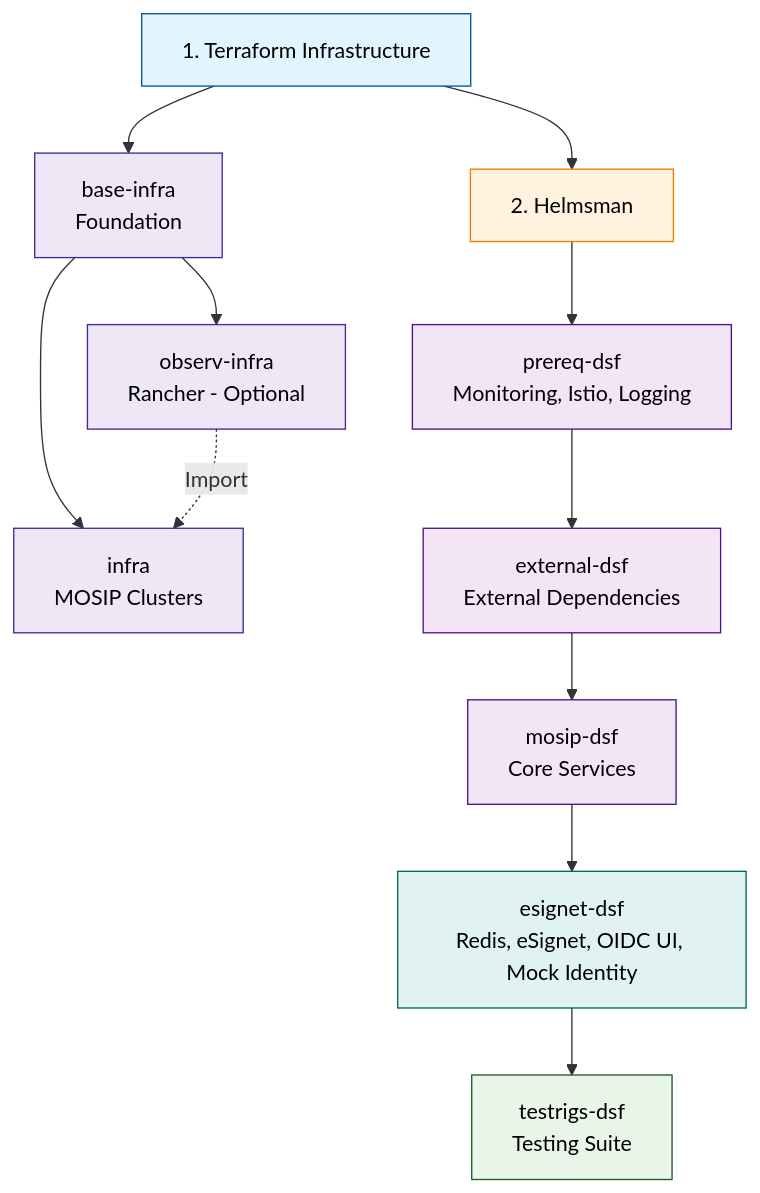
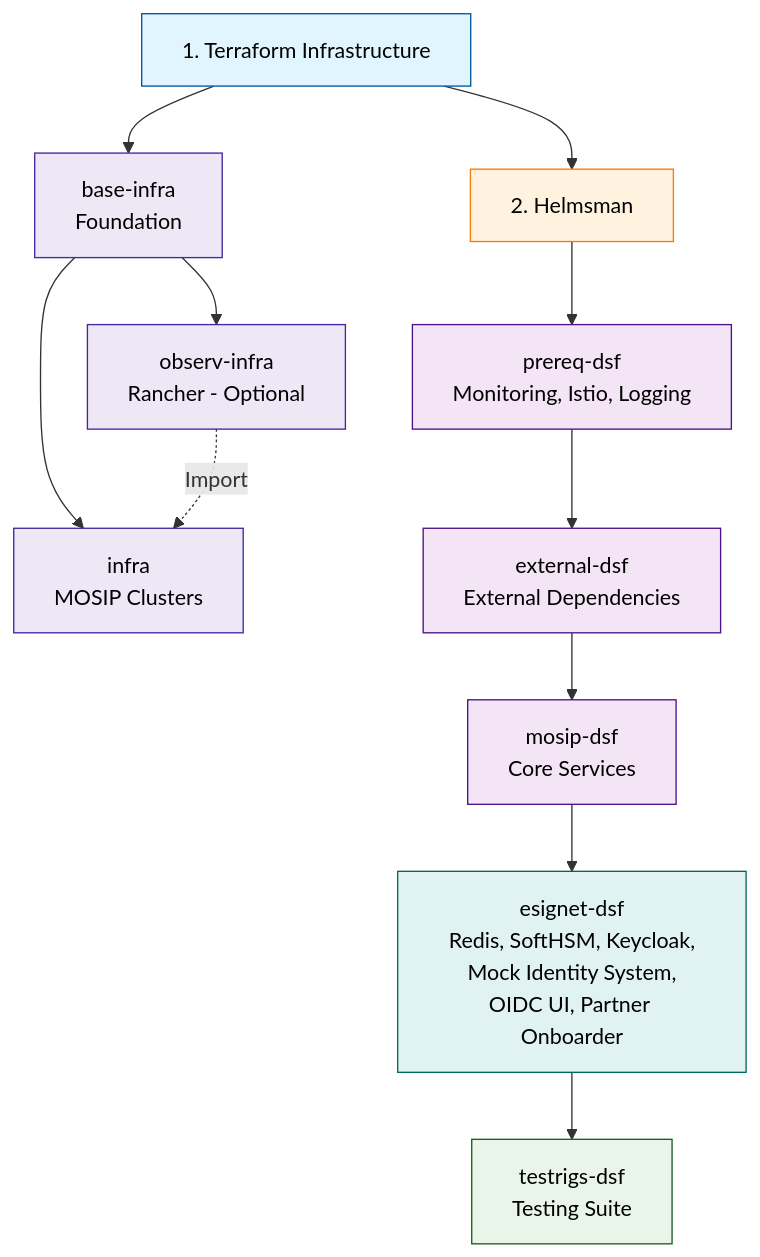
The diagram in docs/setup/deploymentnew/v3-installation/1.2.0.3.md (dmrazzy/documentation), drawn with Mermaid before and after one commit. The commit also changed other lines of this file, not shown here.

Commit message:
Clarify deployment model and update architecture links

````diff
--- a/docs/setup/deploymentnew/v3-installation/1.2.0.3.md
+++ b/docs/setup/deploymentnew/v3-installation/1.2.0.3.md
@@ -47,26 +47,26 @@
 ```mermaid
 graph TD
     A[1. Terraform Infrastructure] --> B[2. Helmsman]
 
     A --> TF1[base-infra<br/>Foundation]
     TF1 --> TF2[observ-infra<br/>Rancher - Optional]
     TF1 --> TF3[infra<br/>MOSIP Clusters]
     TF2 -.->|Import| TF3
 
     B --> H1[prereq-dsf<br/>Monitoring, Istio, Logging]
     H1 --> H2[external-dsf<br/>External Dependencies]
     H2 --> H3[mosip-dsf<br/>Core Services]
-    H3 --> H4[esignet-dsf<br/>Redis, eSignet, OIDC UI, Mock Identity]
+    H3 --> H4[esignet-dsf<br/>Redis, SoftHSM, Keycloak,<br/>Mock Identity System,<br/>OIDC UI, Partner Onboarder]
     H4 --> H5[testrigs-dsf<br/>Testing Suite]
 
     style A fill:#e1f5fe,stroke:#01579b,color:#000000
     style B fill:#fff3e0,stroke:#f57c00,color:#000000
     style TF1 fill:#ede7f6,stroke:#4527a0,color:#000000
     style TF2 fill:#ede7f6,stroke:#4527a0,color:#000000
     style TF3 fill:#ede7f6,stroke:#4527a0,color:#000000
     style H1 fill:#f3e5f5,stroke:#4a148c,color:#000000
     style H2 fill:#f3e5f5,stroke:#4a148c,color:#000000
     style H3 fill:#f3e5f5,stroke:#4a148c,color:#000000
     style H4 fill:#e0f2f1,stroke:#00695c,color:#000000
     style H5 fill:#e8f5e8,stroke:#1b5e20,color:#000000
 ```
````
